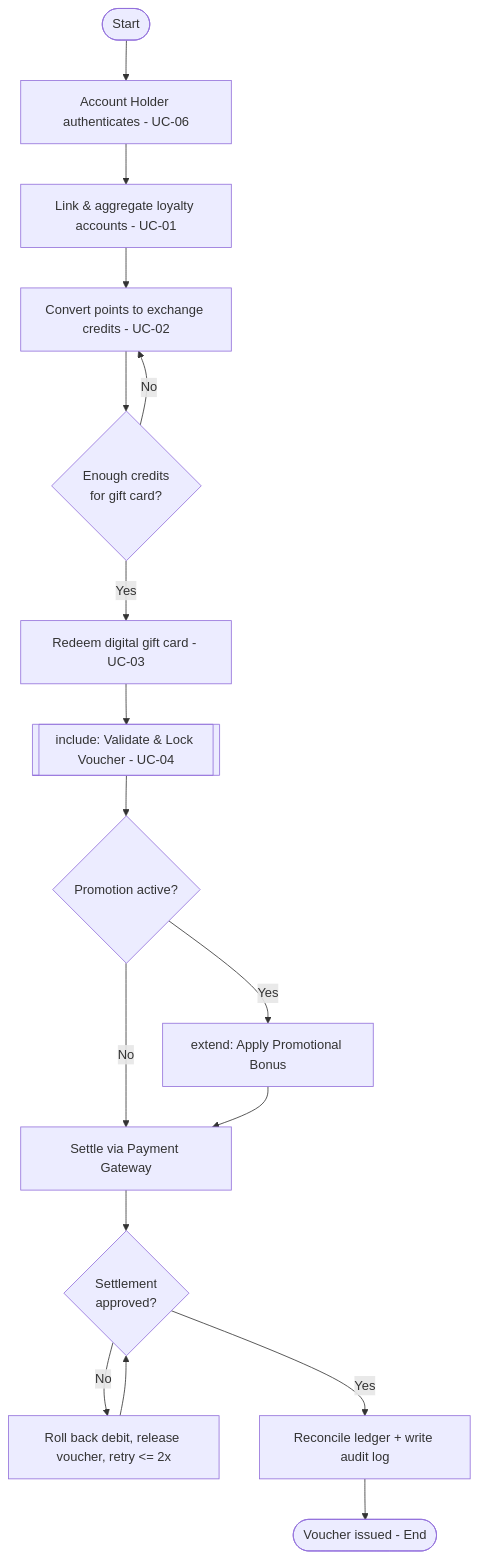
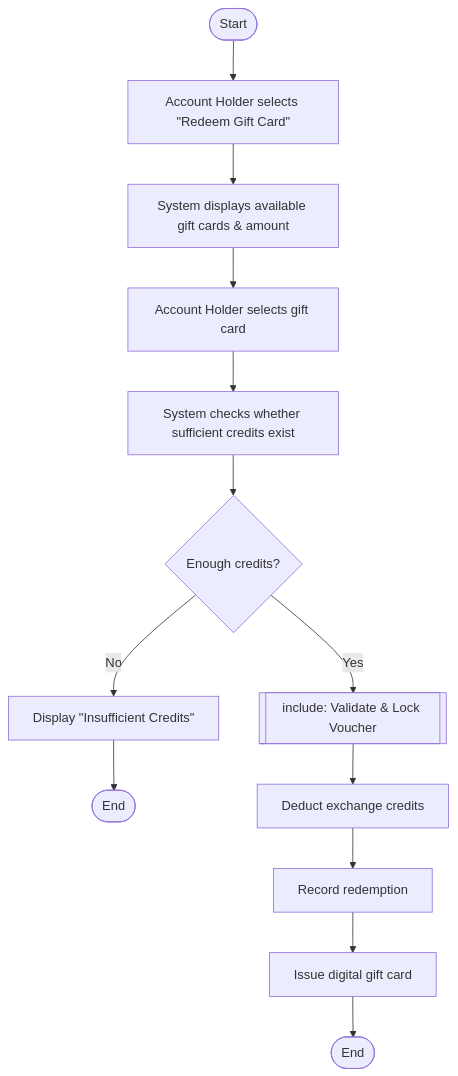
Before and after one commit to ReachKashvi/SE_PES1UG24CS221_Lab_GiftCard: the diagram in UseCase_Flow.md, drawn with Mermaid. The commit also changed other lines of this file and 13 other files, not shown here.

First line of the commit message:
Rework to match Problem #34 scenario: correct actors/use cases, include/extend, simplified UC-03 flow; add rendered PNG/PDF diagrams

````diff
--- a/UseCase_Flow.md
+++ b/UseCase_Flow.md
@@ -64,19 +55,14 @@
 ```mermaid
 flowchart TD
-    A([Start]) --> B[Account Holder authenticates - UC-06]
-    B --> C[Link & aggregate loyalty accounts - UC-01]
-    C --> D[Convert points to exchange credits - UC-02]
-    D --> E{Enough credits<br/>for gift card?}
-    E -- No --> D
-    E -- Yes --> F[Redeem digital gift card - UC-03]
-    F --> G[[include: Validate & Lock Voucher - UC-04]]
-    G --> H{Promotion active?}
-    H -- Yes --> I[extend: Apply Promotional Bonus]
-    H -- No --> J[Settle via Payment Gateway]
-    I --> J
-    J --> K{Settlement<br/>approved?}
-    K -- No --> L[Roll back debit, release voucher, retry <= 2x]
-    L --> K
-    K -- Yes --> M[Reconcile ledger + write audit log]
-    M --> N([Voucher issued - End])
+    A([Start]) --> B[Account Holder selects &quot;Redeem Gift Card&quot;]
+    B --> C[System displays available gift cards & amount]
+    C --> D[Account Holder selects gift card]
+    D --> E[System checks whether sufficient credits exist]
+    E --> F{Enough credits?}
+    F -- No --> G[Display &quot;Insufficient Credits&quot;] --> Z1([End])
+    F -- Yes --> H[[include: Validate & Lock Voucher]]
+    H --> I[Deduct exchange credits]
+    I --> J[Record redemption]
+    J --> K[Issue digital gift card]
+    K --> Z2([End])
 ```
````
